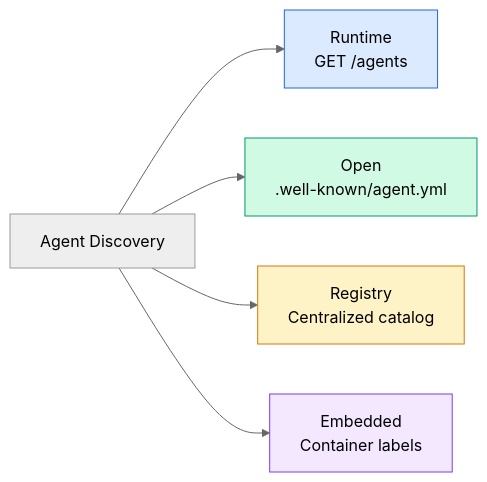
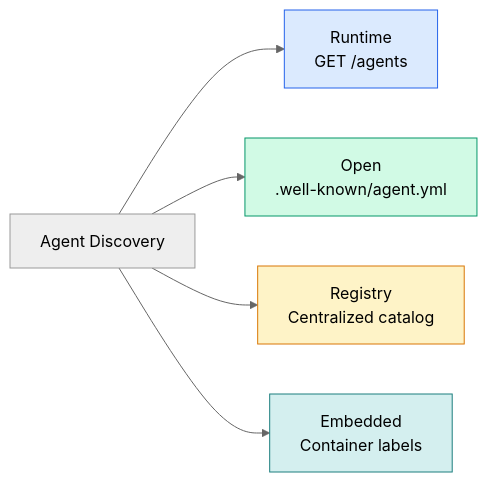
The sixth of 13 diagrams in phases/16-multi-agent-and-swarms/03-communication-protocols/docs/en.md (SystemaOps/ai-engineering-Systemaops), drawn with Mermaid (neutral theme) before and after one commit. The commit also changed other lines of this file and 135 other files, not shown here.

````diff
--- a/phases/16-multi-agent-and-swarms/03-communication-protocols/docs/en.md
+++ b/phases/16-multi-agent-and-swarms/03-communication-protocols/docs/en.md
@@ -310,12 +310,12 @@
 ```mermaid
 graph LR
     A[Agent Discovery] --> B["Runtime<br/>GET /agents"]
     A --> C["Open<br/>.well-known/agent.yml"]
     A --> D["Registry<br/>Centralized catalog"]
     A --> E["Embedded<br/>Container labels"]
 
     style B fill:#dbeafe,stroke:#2563eb
     style C fill:#d1fae5,stroke:#059669
     style D fill:#fef3c7,stroke:#d97706
-    style E fill:#f3e8ff,stroke:#7c3aed
+    style E fill:#d4efef,stroke:#1C7F7F
 ```
````
